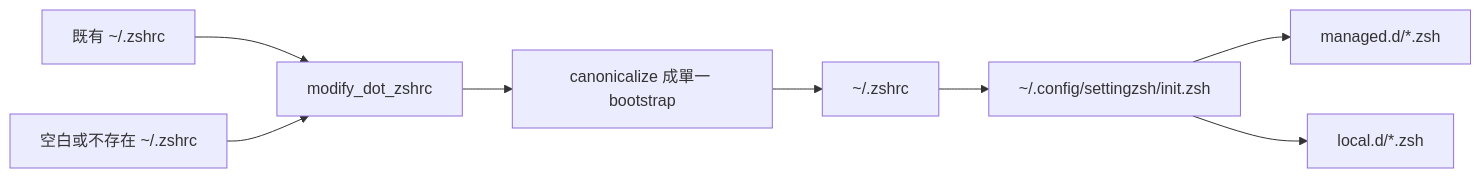
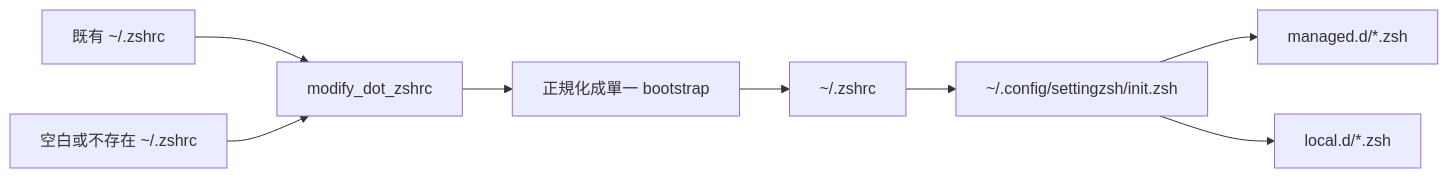
Before and after one commit to ValorVie/settingZsh: the third of 3 diagrams in docs/architecture-diagram.md, drawn with Mermaid. The commit also changed other lines of this file and 6 other files, not shown here.

````diff
--- a/docs/architecture-diagram.md
+++ b/docs/architecture-diagram.md
@@ -101,10 +102,10 @@
 ```mermaid
 flowchart LR
     Existing["既有 ~/.zshrc"] --> Modify["modify_dot_zshrc"]
     Empty["空白或不存在 ~/.zshrc"] --> Modify
-    Modify --> Canonical["canonicalize 成單一 bootstrap"]
+    Modify --> Canonical["正規化成單一 bootstrap"]
     Canonical --> Target["~/.zshrc"]
     Target --> Init["~/.config/settingzsh/init.zsh"]
     Init --> Managed["managed.d/*.zsh"]
     Init --> Local["local.d/*.zsh"]
 ```
````
